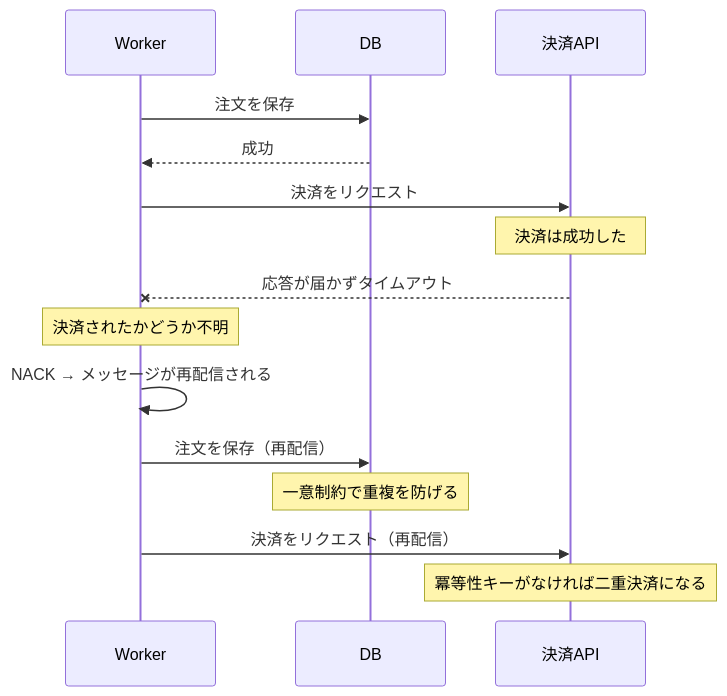
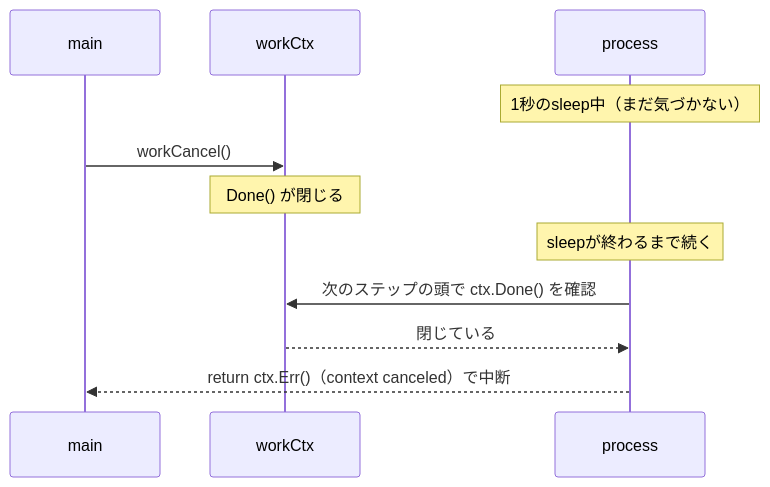
One commit to mkt-engr/zenn-connect changed the third of 3 diagrams in articles/20261121_go-goroutine-3-phases.md. Above: the diagram before and after it, drawn with Mermaid. The commit also changed other lines of this file and 7 other files, not shown here.

````diff
--- a/articles/20261121_go-goroutine-3-phases.md
+++ b/articles/20261121_go-goroutine-3-phases.md
@@ -994,18 +826,14 @@
 ```mermaid
 sequenceDiagram
-    participant H as Worker
-    participant D as DB
-    participant P as 決済API
+    participant main
+    participant workCtx
+    participant process
 
-    H->>D: 注文を保存
-    D-->>H: 成功
-    H->>P: 決済をリクエスト
-    Note over P: 決済は成功した
-    P--xH: 応答が届かずタイムアウト
-    Note over H: 決済されたかどうか不明
-    H->>H: NACK → メッセージが再配信される
-    H->>D: 注文を保存（再配信）
-    Note over D: 一意制約で重複を防げる
-    H->>P: 決済をリクエスト（再配信）
-    Note over P: 冪等性キーがなければ二重決済になる
+    Note over process: 1秒のsleep中（まだ気づかない）
+    main->>workCtx: workCancel()
+    Note over workCtx: Done() が閉じる
+    Note over process: sleepが終わるまで続く
+    process->>workCtx: 次のステップの頭で ctx.Done() を確認
+    workCtx-->>process: 閉じている
+    process-->>main: return ctx.Err()（context canceled）で中断
 ```
````
